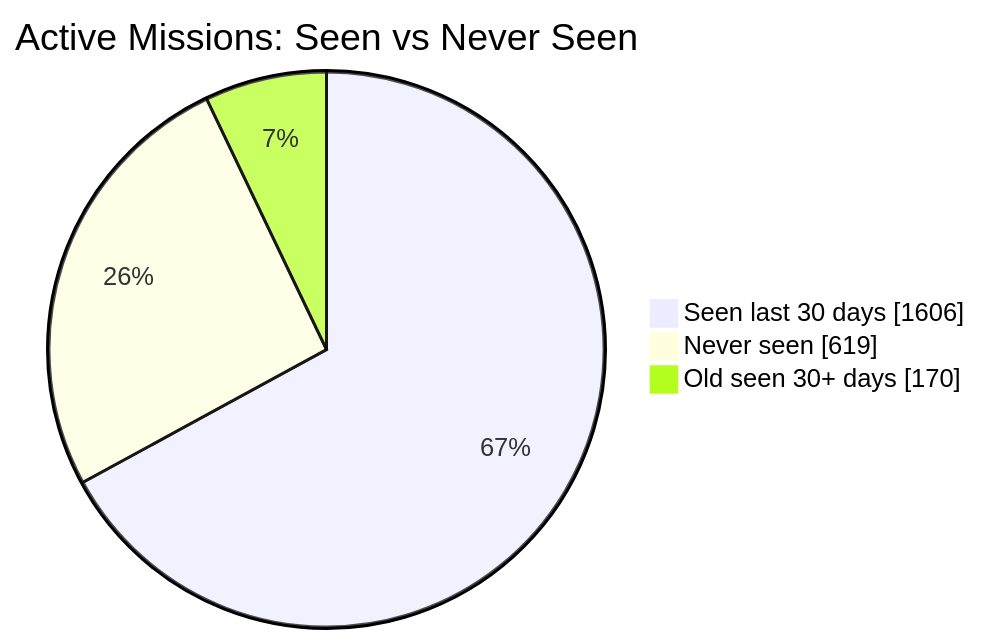
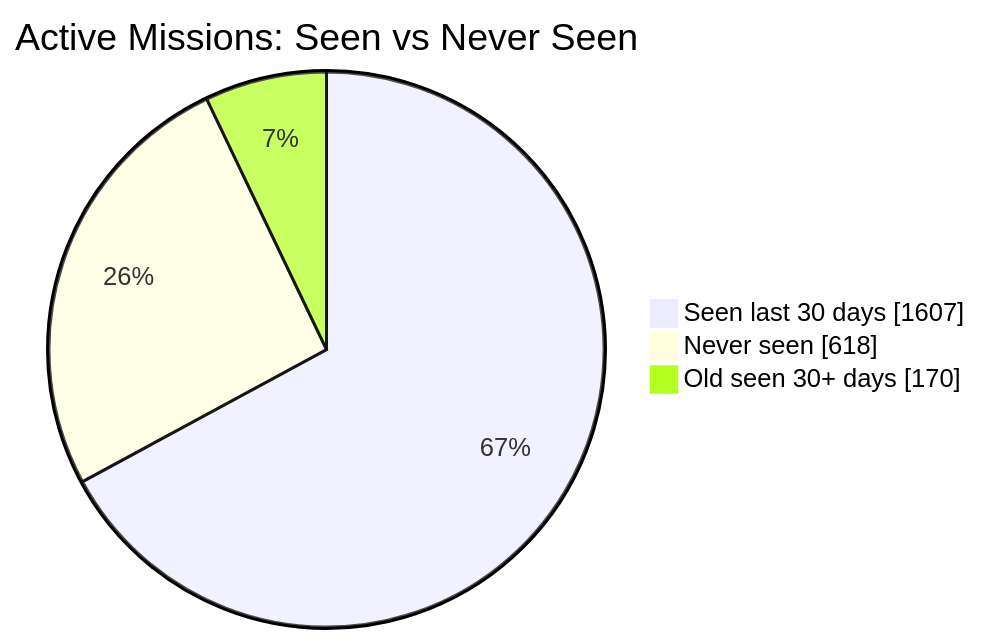
Before and after one commit to MeldkamerspelGameTeam/active-missions: the first of 2 diagrams in README.md, drawn with Mermaid. The commit also changed other lines of this file and 2 other files, not shown here.

````diff
--- a/README.md
+++ b/README.md
@@ -34,7 +34,7 @@
 ```mermaid
 pie showData
     title Active Missions: Seen vs Never Seen
-    "Seen last 30 days" : 1606
-    "Never seen" : 619
+    "Seen last 30 days" : 1607
+    "Never seen" : 618
     "Old seen 30+ days" : 170
 ```
````
